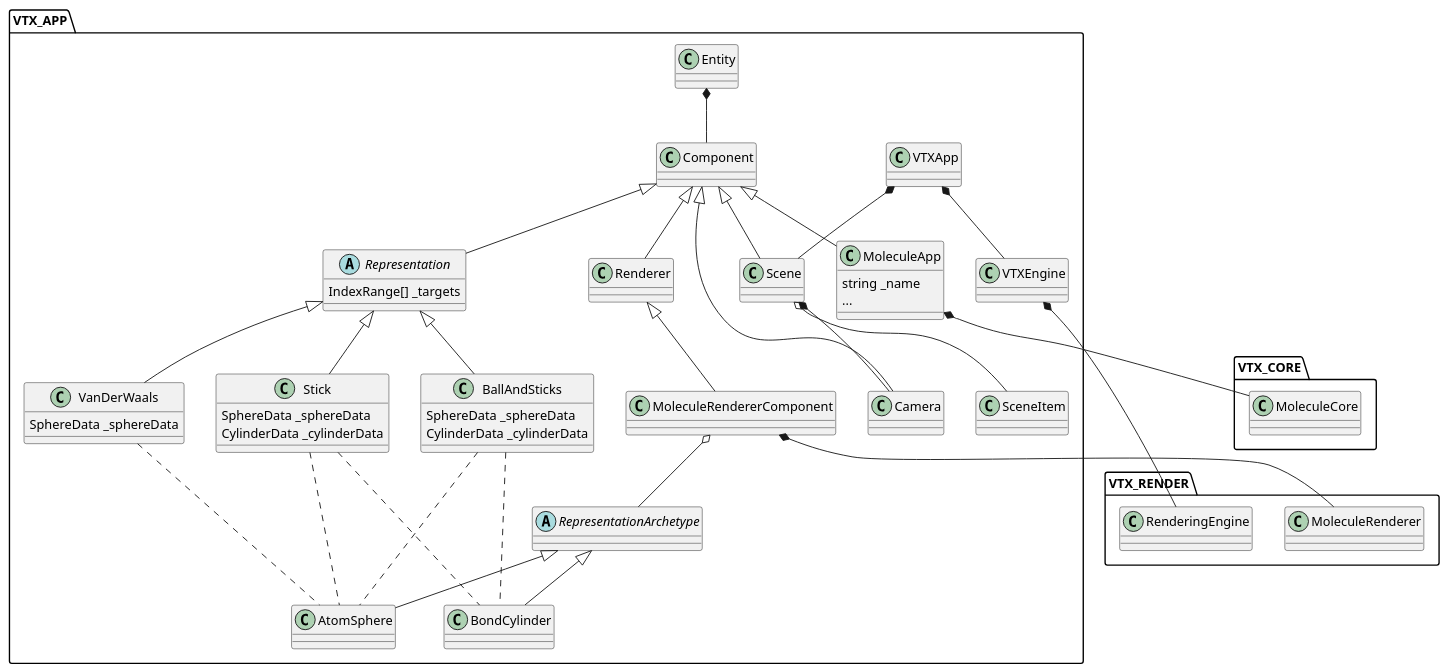
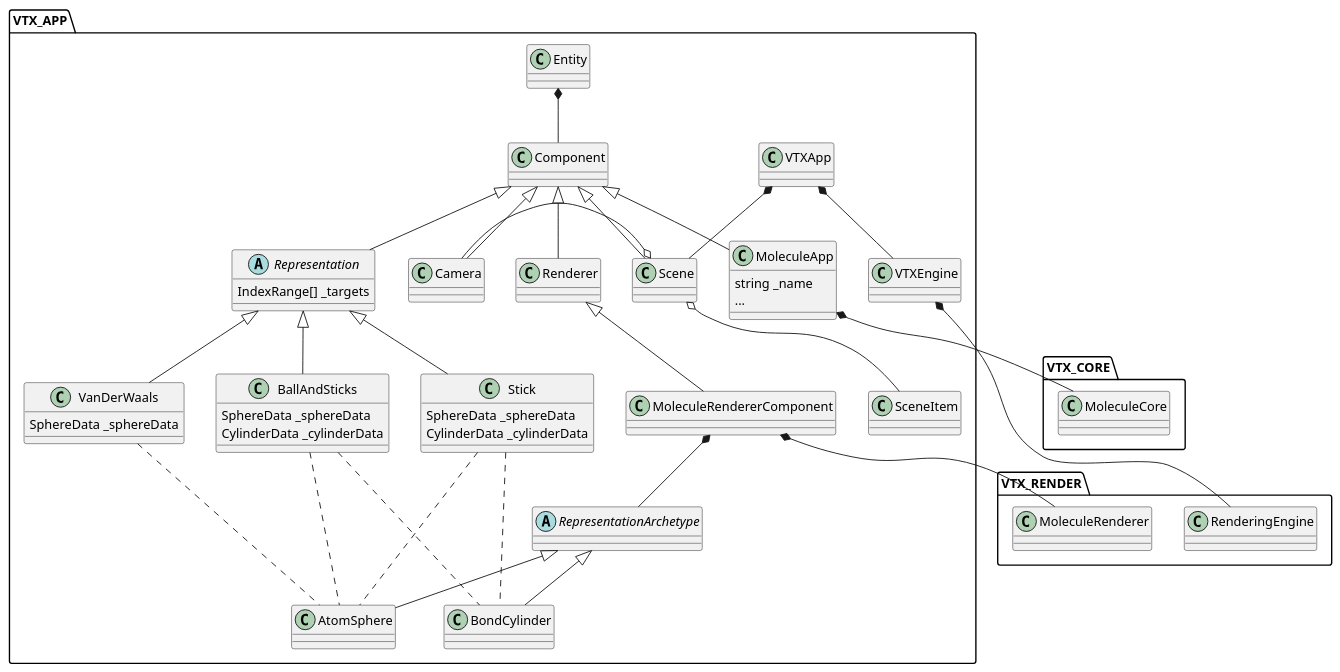
The fourth of 5 diagrams in NOTES.md (VTX-Molecular-Visualization/VTX), drawn with PlantUML before and after one commit. The commit also changed other lines of this file, not shown here.

```diff
--- a/NOTES.md
+++ b/NOTES.md
@@ -512,11 +548,11 @@
 	Renderer <|-- MoleculeRendererComponent
 
 	Scene o-- SceneItem
-	Scene *-- Camera
+	Scene o-right- Camera
 
 	MoleculeApp *-- MoleculeCore
 
-	MoleculeRendererComponent o-- RepresentationArchetype
+	MoleculeRendererComponent *-- RepresentationArchetype
 	MoleculeRendererComponent *-- MoleculeRenderer
 
 	RepresentationArchetype <|-- BondCylinder
```
